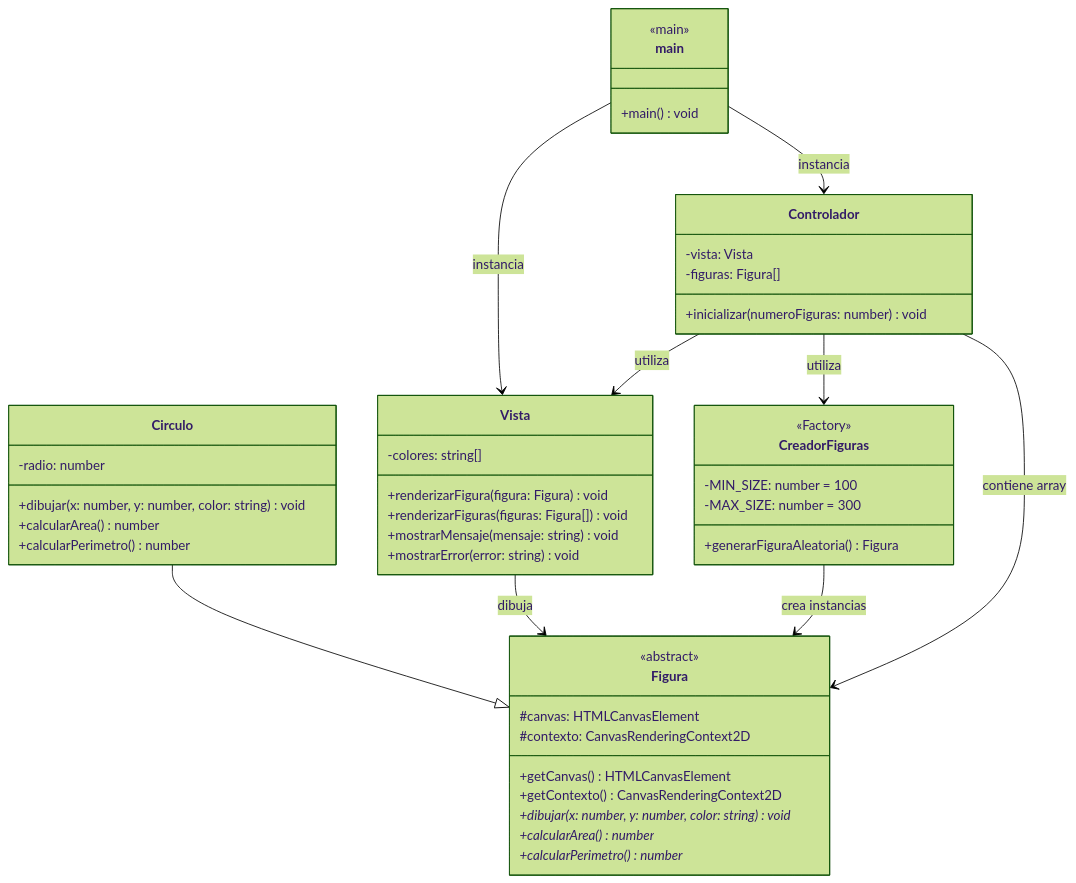
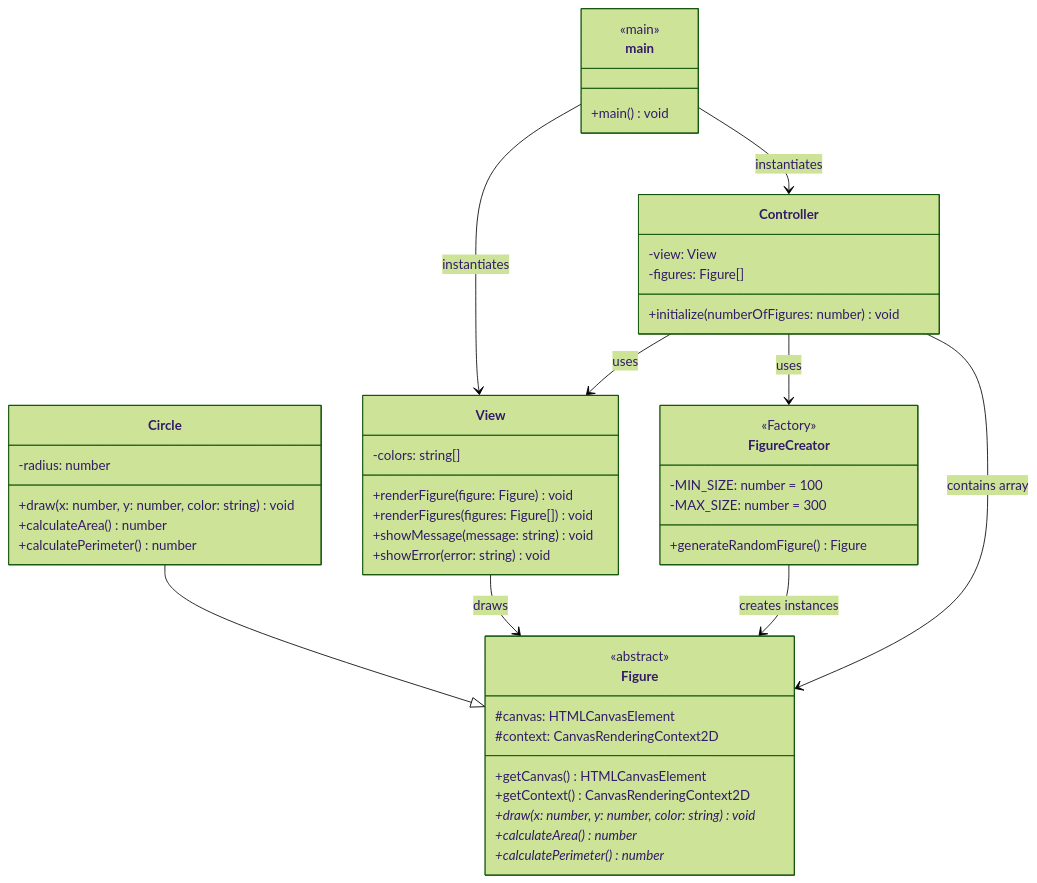
One commit to ULL-ESIT-PAI-2025-2026/2025-2026-pai-mvc-mvvm-adrian-enrique-manuel changed the diagram in src/p07-visualizacion-figuras/DIAGRAMA_UML.md. Above: the diagram before and after it, drawn with Mermaid (forest theme).

Commit message:
Traducción al ingés

````diff
--- a/src/p07-visualizacion-figuras/DIAGRAMA_UML.md
+++ b/src/p07-visualizacion-figuras/DIAGRAMA_UML.md
@@ -3,62 +3,58 @@
 ```mermaid
 classDiagram
-    %% Modelo
-    class Figura {
+    
+    class Figure {
         <<abstract>>
         #canvas: HTMLCanvasElement
-        #contexto: CanvasRenderingContext2D
+        #context: CanvasRenderingContext2D
         +getCanvas() HTMLCanvasElement
-        +getContexto() CanvasRenderingContext2D
-        +dibujar(x: number, y: number, color: string)* void
-        +calcularArea()* number
-        +calcularPerimetro()* number
+        +getContext() CanvasRenderingContext2D
+        +draw(x: number, y: number, color: string)* void
+        +calculateArea()* number
+        +calculatePerimeter()* number
     }
 
-    class Circulo {
-        -radio: number
-        +dibujar(x: number, y: number, color: string) void
-        +calcularArea() number
-        +calcularPerimetro() number
+    class Circle {
+        -radius: number
+        +draw(x: number, y: number, color: string) void
+        +calculateArea() number
+        +calculatePerimeter() number
     }
 
-    class CreadorFiguras {
+    class FigureCreator {
         <<Factory>>
         -MIN_SIZE: number = 100
         -MAX_SIZE: number = 300
-        +generarFiguraAleatoria() Figura
+        +generateRandomFigure() Figure
     }
 
-    %% Vista
-    class Vista {
-        -colores: string[]
-        +renderizarFigura(figura: Figura) void
-        +renderizarFiguras(figuras: Figura[]) void
-        +mostrarMensaje(mensaje: string) void
-        +mostrarError(error: string) void
+    
+    class View {
+        -colors: string[]
+        +renderFigure(figure: Figure) void
+        +renderFigures(figures: Figure[]) void
+        +showMessage(message: string) void
+        +showError(error: string) void
     }
 
-    %% Controlador
-    class Controlador {
-        -vista: Vista
-        -figuras: Figura[]
-        +inicializar(numeroFiguras: number) void
+    class Controller {
+        -view: View
+        -figures: Figure[]
+        +initialize(numberOfFigures: number) void
     }
 
-    %% Cliente
     class main {
         <<main>>
         +main() void
     }
 
-    %% Herencia
-    Circulo --|> Figura
+    Circle --|> Figure
 
-    %% Composición y Uso
-    Controlador --> Vista : utiliza
-    Controlador --> CreadorFiguras : utiliza
-    Controlador --> Figura : contiene array
-    Vista --> Figura : dibuja
-    main --> Vista : instancia
-    main --> Controlador : instancia
-    CreadorFiguras --> Figura : crea instancias
+    Controller --> View : uses
+    Controller --> FigureCreator : uses
+    Controller --> Figure : contains array
+    View --> Figure : draws
+    main --> View : instantiates
+    main --> Controller : instantiates
+    FigureCreator --> Figure : creates instances
 ```
````
